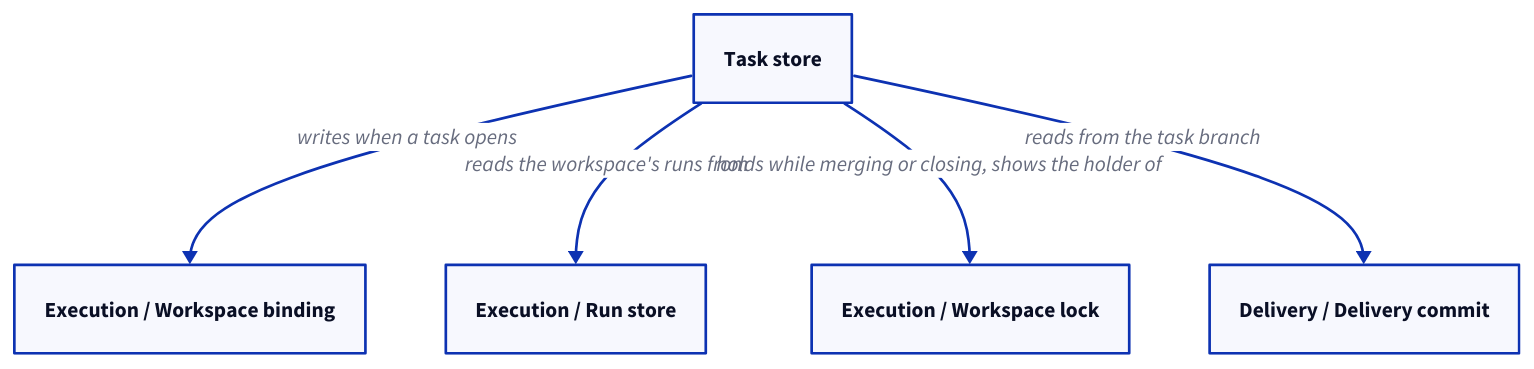
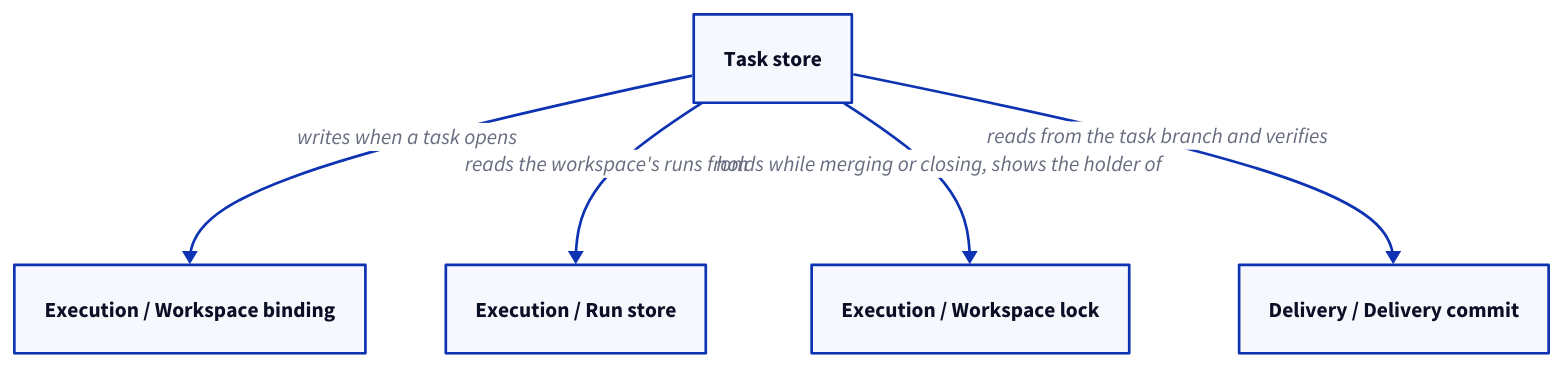
Before and after one commit to FTOD/concorde: the third of 3 diagrams in specs/concorde/coordination/tasks/module.md, drawn with D2. The commit also changed other lines of this file and 10 other files, not shown here.

````diff
--- a/specs/concorde/coordination/tasks/module.md
+++ b/specs/concorde/coordination/tasks/module.md
@@ -386,11 +393,11 @@
 ```d2
 store: Task store
 binding: Execution / Workspace binding
 runstore: Execution / Run store
 lock: Execution / Workspace lock
 commits: Delivery / Delivery commit
 store -> binding: writes when a task opens
 store -> runstore: reads the workspace's runs from
 store -> lock: holds while merging or closing, shows the holder of
-store -> commits: reads from the task branch
+store -> commits: reads from the task branch and verifies
 ```
````
